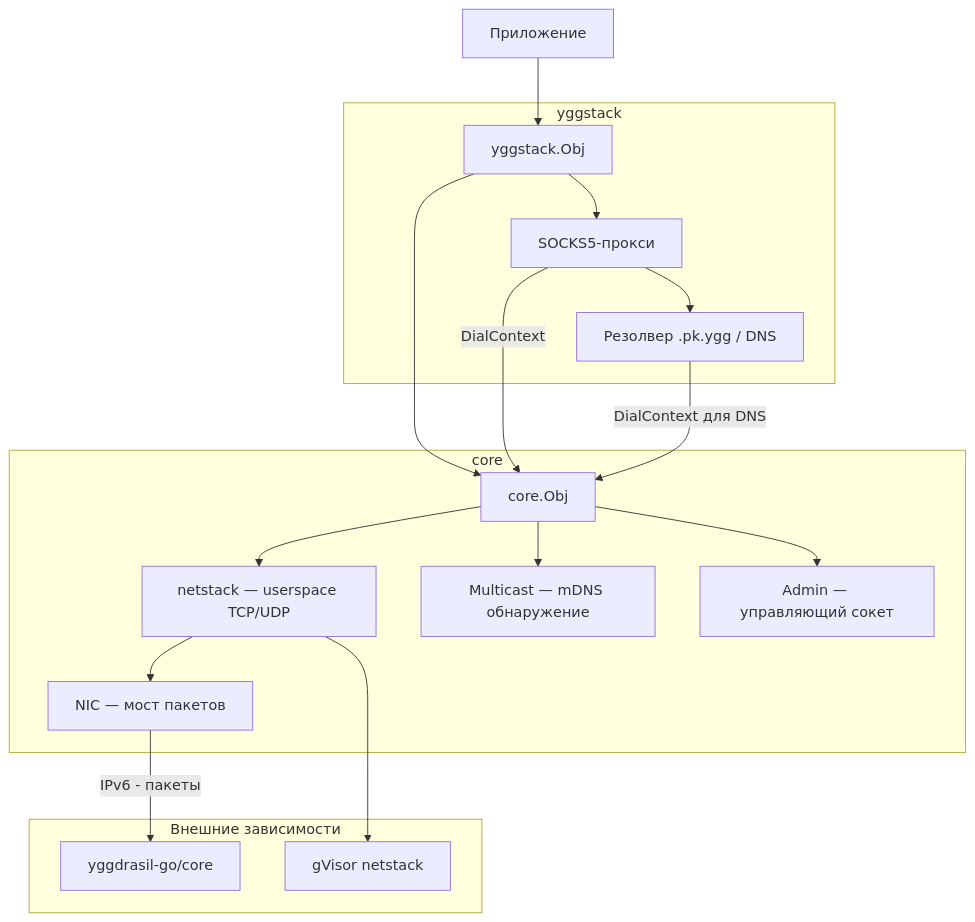
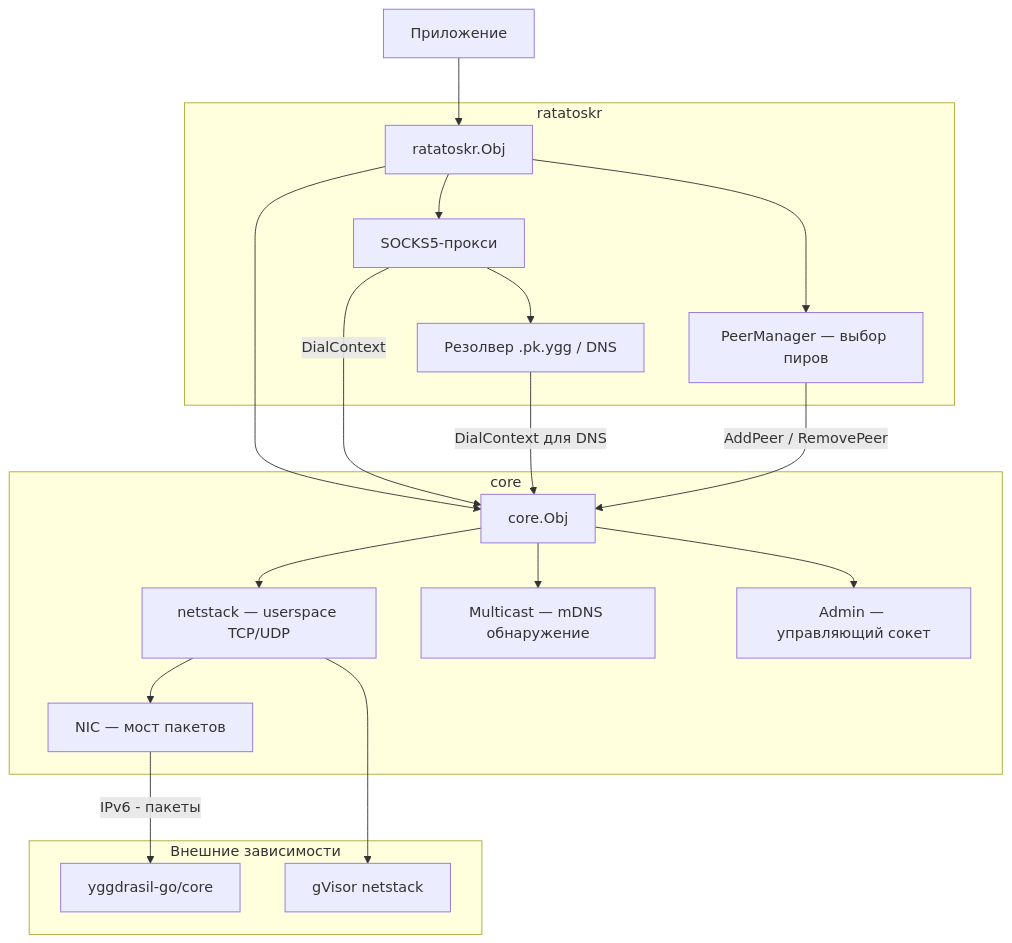
One commit to voluminor/ratatoskr changed the first of 10 diagrams in README.md. Above: the diagram before and after it, drawn with Mermaid. The commit also changed other lines of this file and 5 other files, not shown here.

````diff
--- a/README.md
+++ b/README.md
@@ -9,37 +9,40 @@
 ```mermaid
 graph TB
     App[Приложение]
 
-    subgraph yggstack
-        Obj[yggstack.Obj]
+subgraph ratatoskr
+Obj[ratatoskr.Obj]
         SOCKS[SOCKS5-прокси]
         Resolver[Резолвер .pk.ygg / DNS]
+PeerMgr[PeerManager — выбор пиров]
     end
 
 subgraph core
 CoreObj[core.Obj]
 Netstack[netstack — userspace TCP/UDP]
 NIC[NIC — мост пакетов]
 Multicast[Multicast — mDNS обнаружение]
 Admin[Admin — управляющий сокет]
 end
 
 subgraph external [Внешние зависимости]
 YggCore[yggdrasil-go/core]
 gVisor[gVisor netstack]
 end
 
 App --> Obj
 Obj --> CoreObj
 Obj --> SOCKS
+Obj --> PeerMgr
 SOCKS --> Resolver
 SOCKS -->|DialContext|CoreObj
 Resolver -->|DialContext для DNS|CoreObj
+PeerMgr -->|AddPeer / RemovePeer|CoreObj
 
 CoreObj --> Netstack
 CoreObj --> Multicast
 CoreObj --> Admin
 Netstack --> NIC
 NIC -->|IPv6 - пакеты|YggCore
 Netstack --> gVisor
 ```
````
